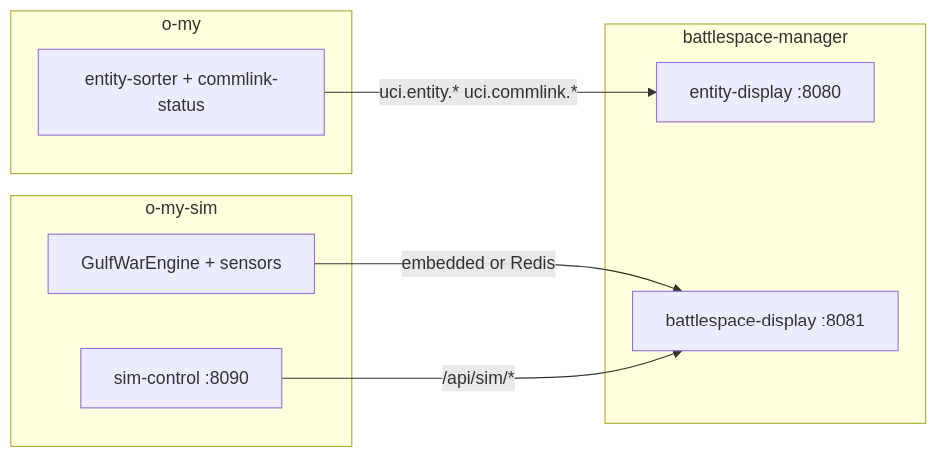
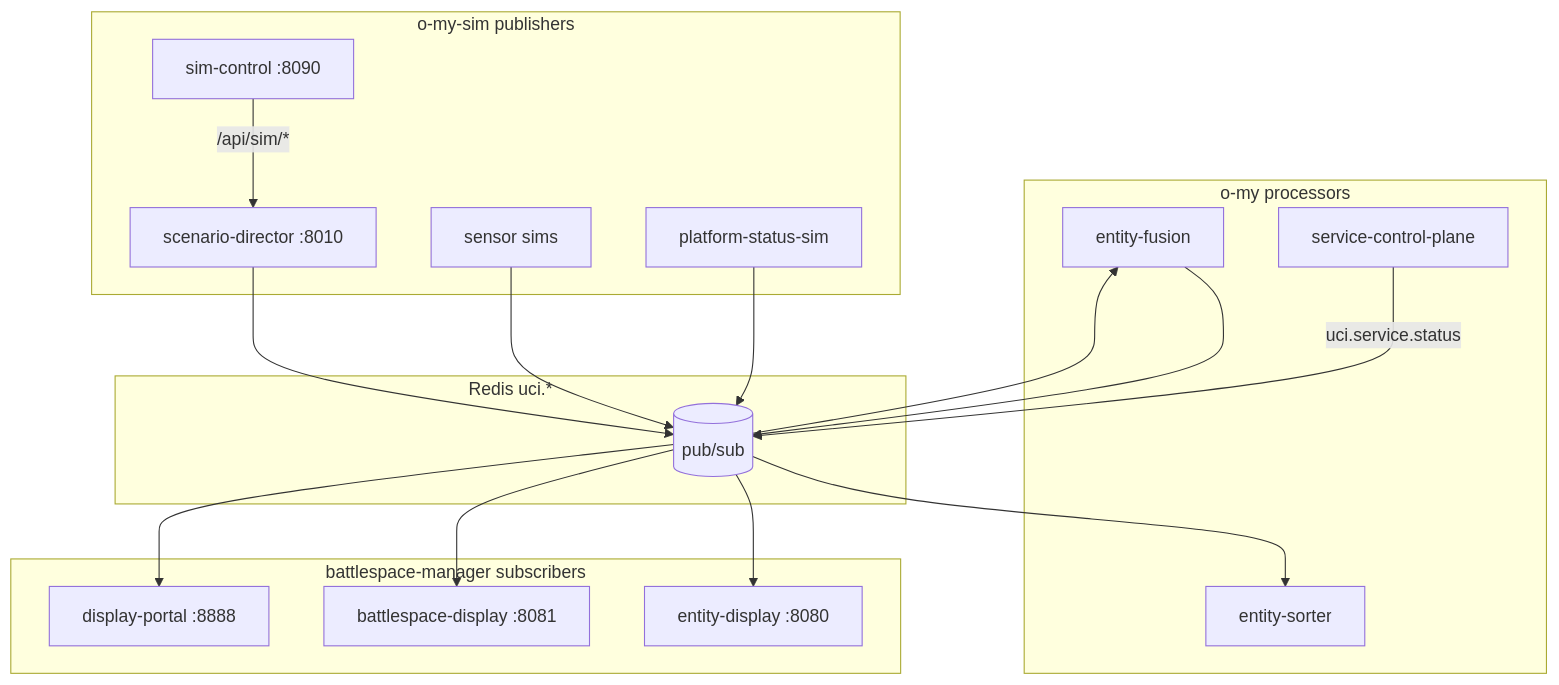
The first of 2 diagrams in README.md (mowgli42/battlespace-manager), drawn with Mermaid before and after one commit. The commit also changed other lines of this file and 2 other files, not shown here.

First line of the commit message:
docs: refresh display screenshots and bus-subscriber architecture

````diff
--- a/README.md
+++ b/README.md
@@ -159,17 +176,33 @@
 ```mermaid
-flowchart LR
-  subgraph omy [o-my]
-    Pipeline[entity-sorter + commlink-status]
+flowchart TB
+  subgraph omy [o-my processors]
+    FUSE[entity-fusion]
+    SORT[entity-sorter]
+    CP[service-control-plane]
   end
-  subgraph omysim [o-my-sim]
-    Engine[GulfWarEngine + sensors]
+  subgraph omysim [o-my-sim publishers]
+    SD[scenario-director :8010]
+    SNS[sensor sims]
+    PLAT[platform-status-sim]
     SimCtrl[sim-control :8090]
   end
-  subgraph bm [battlespace-manager]
+  subgraph bus [Redis uci.*]
+    REDIS[(pub/sub)]
+  end
+  subgraph bm [battlespace-manager subscribers]
     ED[entity-display :8080]
     BD[battlespace-display :8081]
+    PORTAL[display-portal :8888]
   end
-  Pipeline -->|uci.entity.* uci.commlink.*| ED
-  Engine -->|embedded or Redis| BD
-  SimCtrl -->|/api/sim/*| BD
+  SimCtrl -->|/api/sim/*| SD
+  SD --> REDIS
+  SNS --> REDIS
+  PLAT --> REDIS
+  REDIS --> FUSE
+  FUSE --> REDIS
+  REDIS --> SORT
+  CP -->|uci.service.status| REDIS
+  REDIS --> ED
+  REDIS --> BD
+  REDIS --> PORTAL
 ```
````
